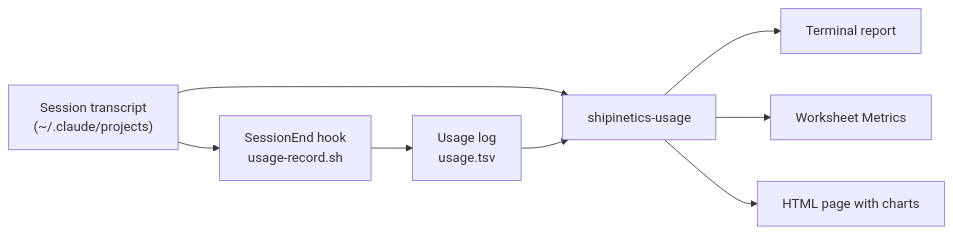
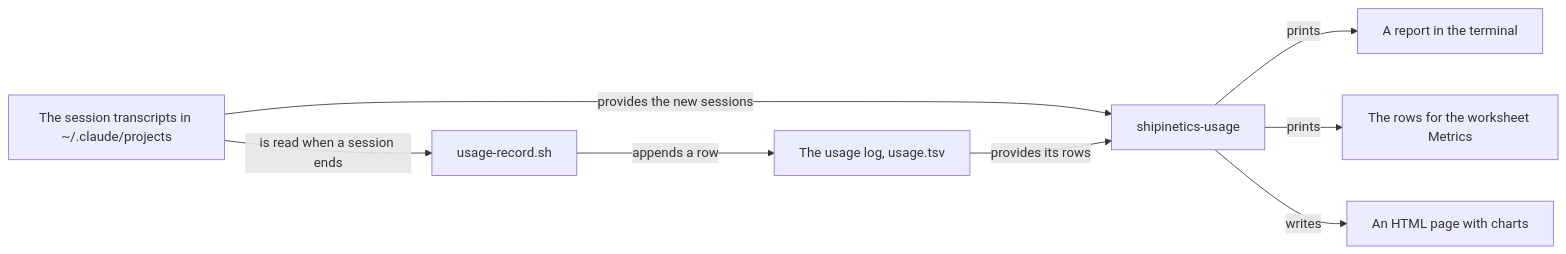
Before and after one commit to DreKwasi/shipinetics: the diagram in README.md, drawn with Mermaid. The commit also changed other lines of this file and 12 other files, not shown here.

````diff
--- a/README.md
+++ b/README.md
@@ -346,10 +437,10 @@
 ```mermaid
 flowchart LR
-  T["Session transcript<br/>(~/.claude/projects)"] --> H["SessionEnd hook<br/>usage-record.sh"]
-  H --> L["Usage log<br/>usage.tsv"]
-  T --> U["shipinetics-usage"]
-  L --> U
-  U --> R["Terminal report"]
-  U --> W["Worksheet Metrics"]
-  U --> P["HTML page with charts"]
+  T["The session transcripts in ~/.claude/projects"] -->|"is read when a session ends"| H["usage-record.sh"]
+  H -->|"appends a row"| L["The usage log, usage.tsv"]
+  T -->|"provides the new sessions"| U["shipinetics-usage"]
+  L -->|"provides its rows"| U
+  U -->|"prints"| R["A report in the terminal"]
+  U -->|"prints"| W["The rows for the worksheet Metrics"]
+  U -->|"writes"| P["An HTML page with charts"]
 ```
````
